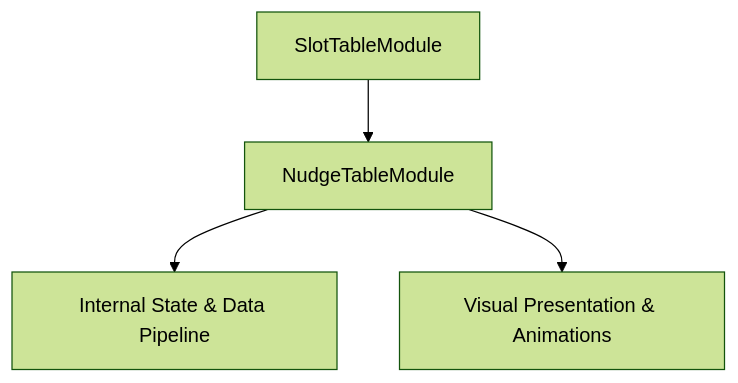
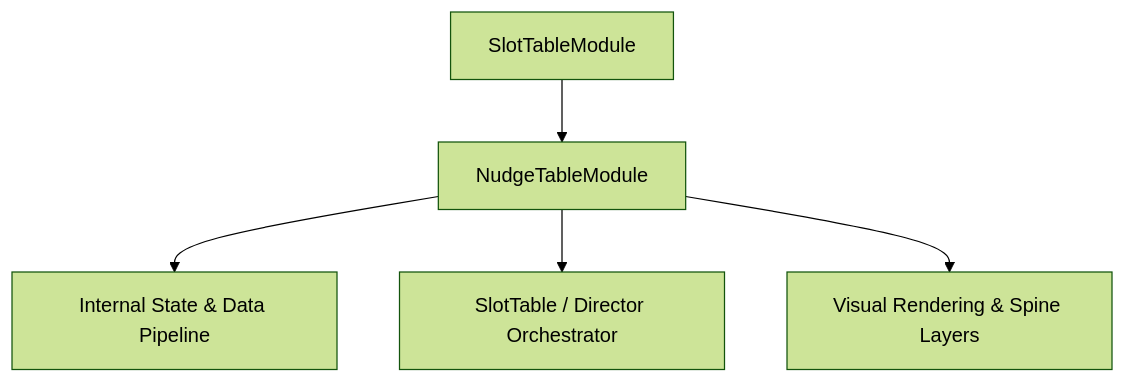
The diagram in docs/cc_slot_mechanics/modules/NudgeTableModule/01_overview/01_architecture_and_role.md (lam-ark/mcp-fwcc), drawn with Mermaid (forest theme) before and after one commit. The commit also changed other lines of this file and 2509 other files, not shown here.

````diff
--- a/docs/cc_slot_mechanics/modules/NudgeTableModule/01_overview/01_architecture_and_role.md
+++ b/docs/cc_slot_mechanics/modules/NudgeTableModule/01_overview/01_architecture_and_role.md
@@ -18,6 +24,7 @@
 ```mermaid
 graph TD
-    Parent[SlotTableModule] --> Mod[NudgeTableModule]
-    Mod --> State[Internal State & Data Pipeline]
-    Mod --> Render[Visual Presentation & Animations]
+    SuperClass[SlotTableModule] --> TargetClass[NudgeTableModule]
+    TargetClass --> DataPipeline[Internal State & Data Pipeline]
+    TargetClass --> Orchestrator[SlotTable / Director Orchestrator]
+    TargetClass --> ViewLayer[Visual Rendering & Spine Layers]
 ```
````
